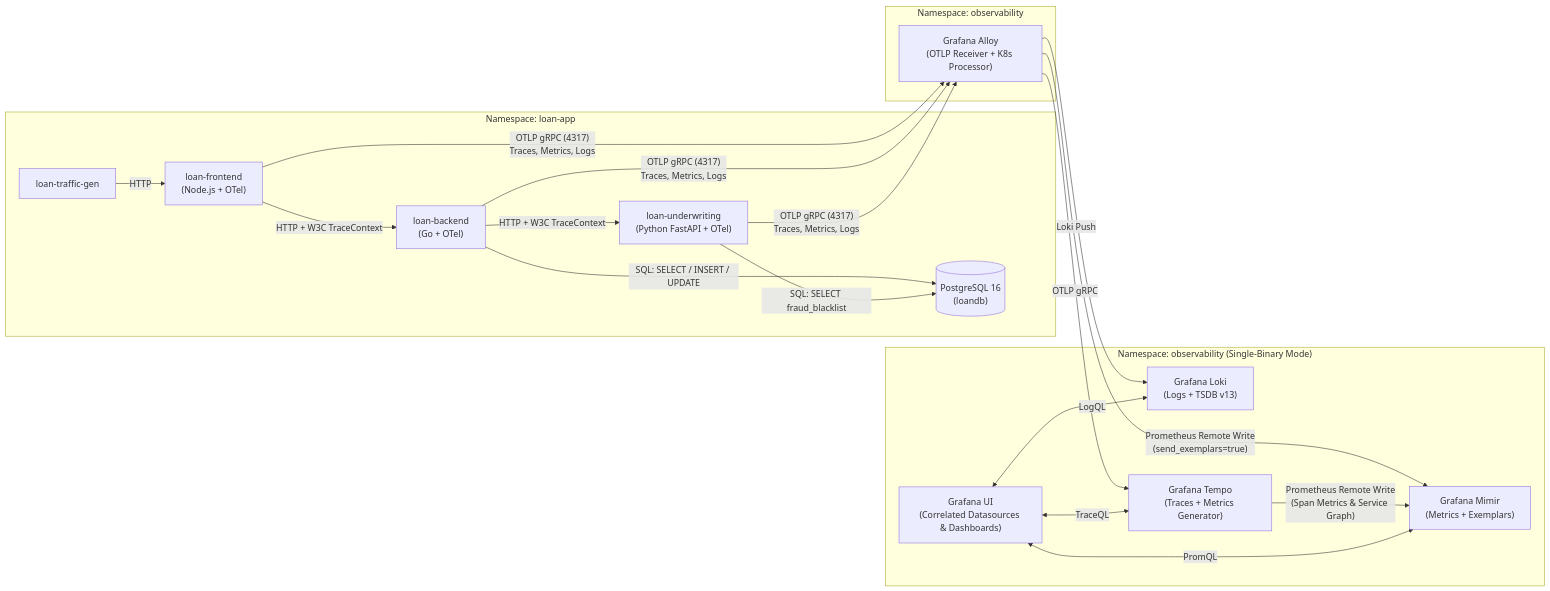
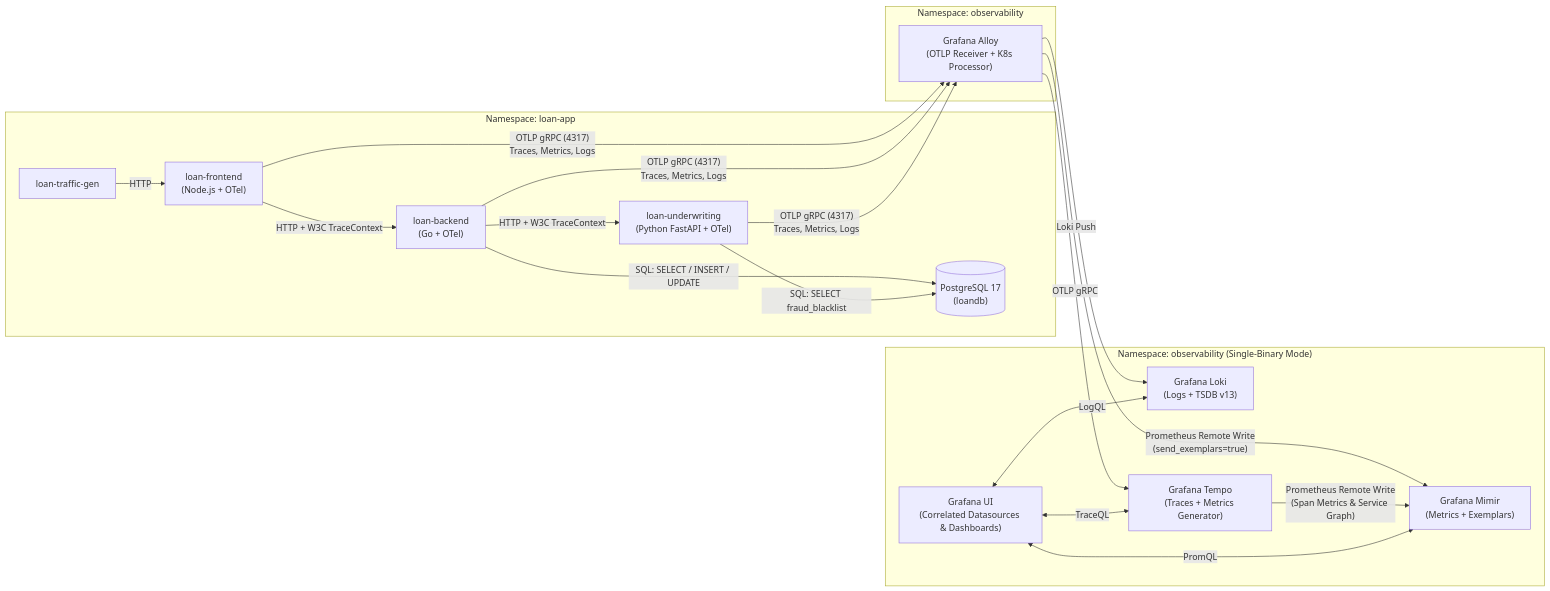
Before and after one commit to alex-carvalho/sandbox: the diagram in devops/observability/lgtm/DESIGN.md, drawn with Mermaid. The commit also changed other lines of this file and 16 other files, not shown here.

````diff
--- a/devops/observability/lgtm/DESIGN.md
+++ b/devops/observability/lgtm/DESIGN.md
@@ -27,31 +30,31 @@
 ```mermaid
 flowchart LR
     subgraph Apps["Namespace: loan-app"]
         TG["loan-traffic-gen"] -->|HTTP| FE["loan-frontend<br/>(Node.js + OTel)"]
         FE -->|HTTP + W3C TraceContext| BE["loan-backend<br/>(Go + OTel)"]
         BE -->|HTTP + W3C TraceContext| UW["loan-underwriting<br/>(Python FastAPI + OTel)"]
-        BE -->|SQL: SELECT / INSERT / UPDATE| PG[("PostgreSQL 16<br/>(loandb)")]
+        BE -->|SQL: SELECT / INSERT / UPDATE| PG[("PostgreSQL 17<br/>(loandb)")]
         UW -->|SQL: SELECT fraud_blacklist| PG
     end
 
     subgraph Collector["Namespace: observability"]
         ALLOY["Grafana Alloy<br/>(OTLP Receiver + K8s Processor)"]
     end
 
     subgraph LGTM["Namespace: observability (Single-Binary Mode)"]
         LOKI["Grafana Loki<br/>(Logs + TSDB v13)"]
         TEMPO["Grafana Tempo<br/>(Traces + Metrics Generator)"]
         MIMIR["Grafana Mimir<br/>(Metrics + Exemplars)"]
         GRAFANA["Grafana UI<br/>(Correlated Datasources & Dashboards)"]
     end
 
     FE & BE & UW -->|"OTLP gRPC (4317)<br/>Traces, Metrics, Logs"| ALLOY
     ALLOY -->|"Loki Push"| LOKI
     ALLOY -->|"OTLP gRPC"| TEMPO
     ALLOY -->|"Prometheus Remote Write<br/>(send_exemplars=true)"| MIMIR
     TEMPO -->|"Prometheus Remote Write<br/>(Span Metrics & Service Graph)"| MIMIR
 
     GRAFANA <-->|"LogQL"| LOKI
     GRAFANA <-->|"TraceQL"| TEMPO
     GRAFANA <-->|"PromQL"| MIMIR
 ```
````
